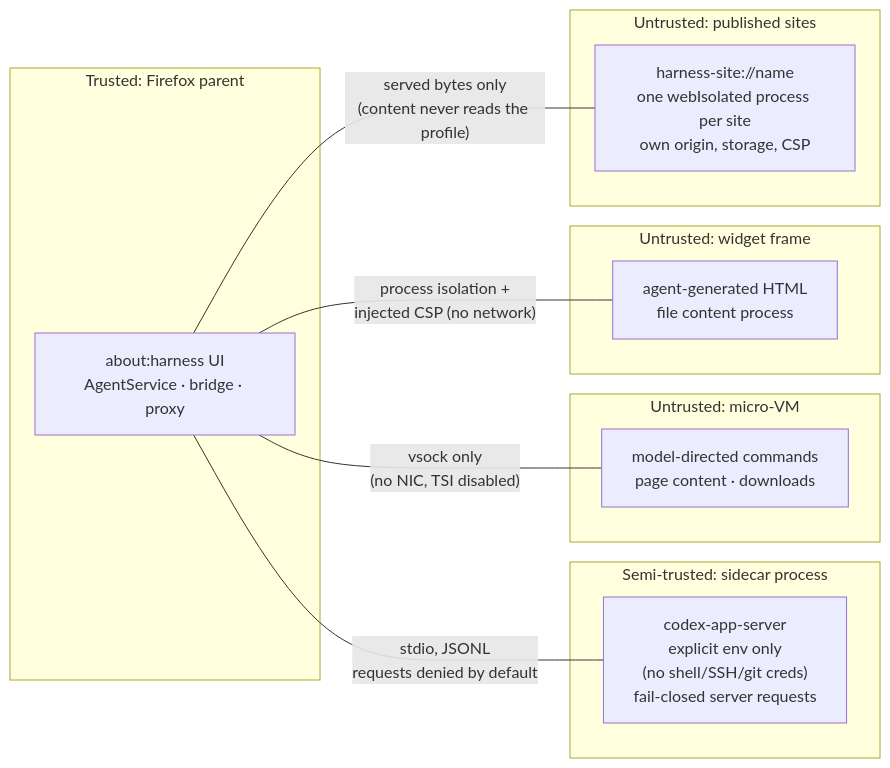
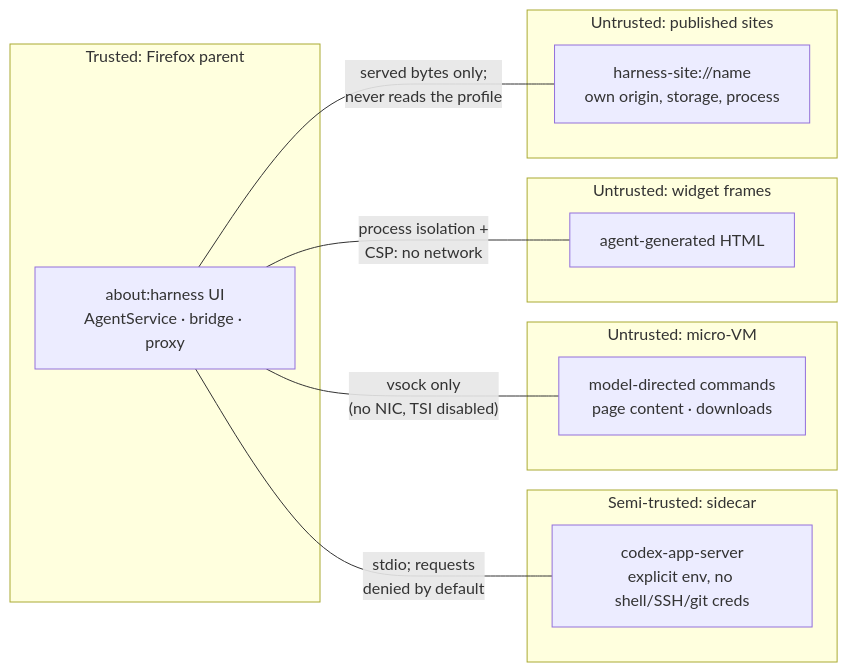
Before and after one commit to bgrins/firefox: the second of 3 diagrams in browser/components/harness/docs/architecture.md, drawn with Mermaid. The commit also changed other lines of this file, not shown here.

Commit message:
harness docs: architecture editorial pass — tighter diagrams (no floating nodes, merged artifact sinks), egress split into its own boundary, code refs grounding each claim

````diff
--- a/browser/components/harness/docs/architecture.md
+++ b/browser/components/harness/docs/architecture.md
@@ -69,23 +63,23 @@
 ```mermaid
 flowchart LR
     subgraph zone1["Trusted: Firefox parent"]
         A["about:harness UI<br/>AgentService · bridge · proxy"]
     end
-    subgraph zone2["Semi-trusted: sidecar process"]
-        B["codex-app-server<br/>explicit env only<br/>(no shell/SSH/git creds)<br/>fail-closed server requests"]
+    subgraph zone2["Semi-trusted: sidecar"]
+        B["codex-app-server<br/>explicit env, no shell/SSH/git creds"]
     end
     subgraph zone3["Untrusted: micro-VM"]
         C["model-directed commands<br/>page content · downloads"]
     end
-    subgraph zone4["Untrusted: widget frame"]
-        D["agent-generated HTML<br/>file content process"]
+    subgraph zone4["Untrusted: widget frames"]
+        D["agent-generated HTML"]
     end
     subgraph zone5["Untrusted: published sites"]
-        E["harness-site://name<br/>one webIsolated process per site<br/>own origin, storage, CSP"]
+        E["harness-site://name<br/>own origin, storage, process"]
     end
 
-    A ---|"stdio, JSONL<br/>requests denied by default"| B
+    A ---|"stdio; requests<br/>denied by default"| B
     A ---|"vsock only<br/>(no NIC, TSI disabled)"| C
-    A ---|"process isolation +<br/>injected CSP (no network)"| D
-    A ---|"served bytes only<br/>(content never reads the profile)"| E
+    A ---|"process isolation +<br/>CSP: no network"| D
+    A ---|"served bytes only;<br/>never reads the profile"| E
 ```
````
